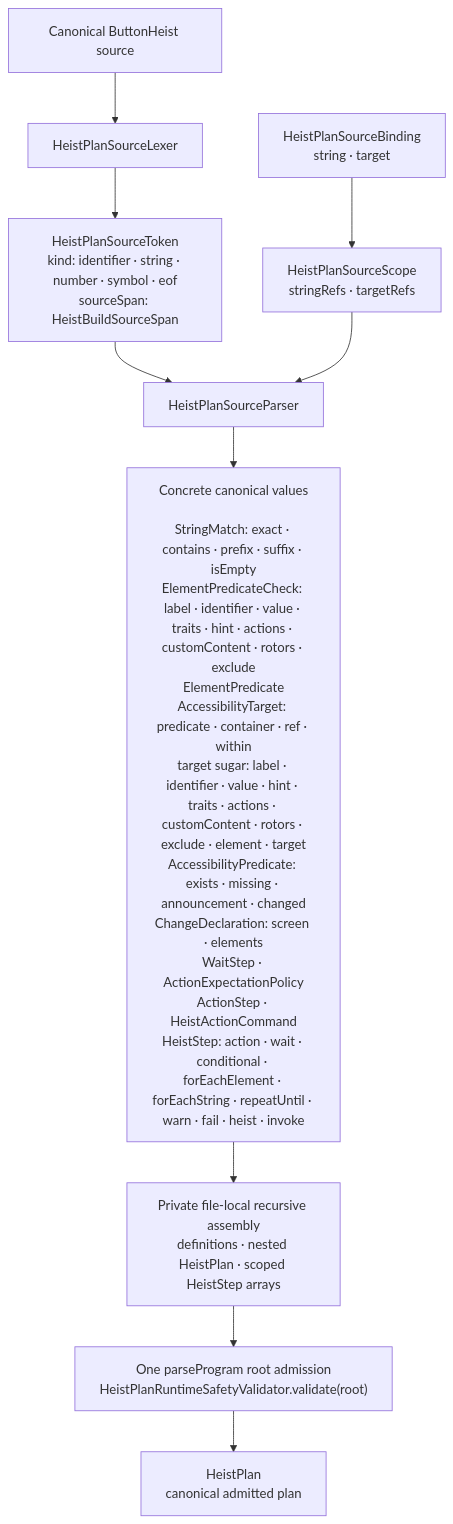
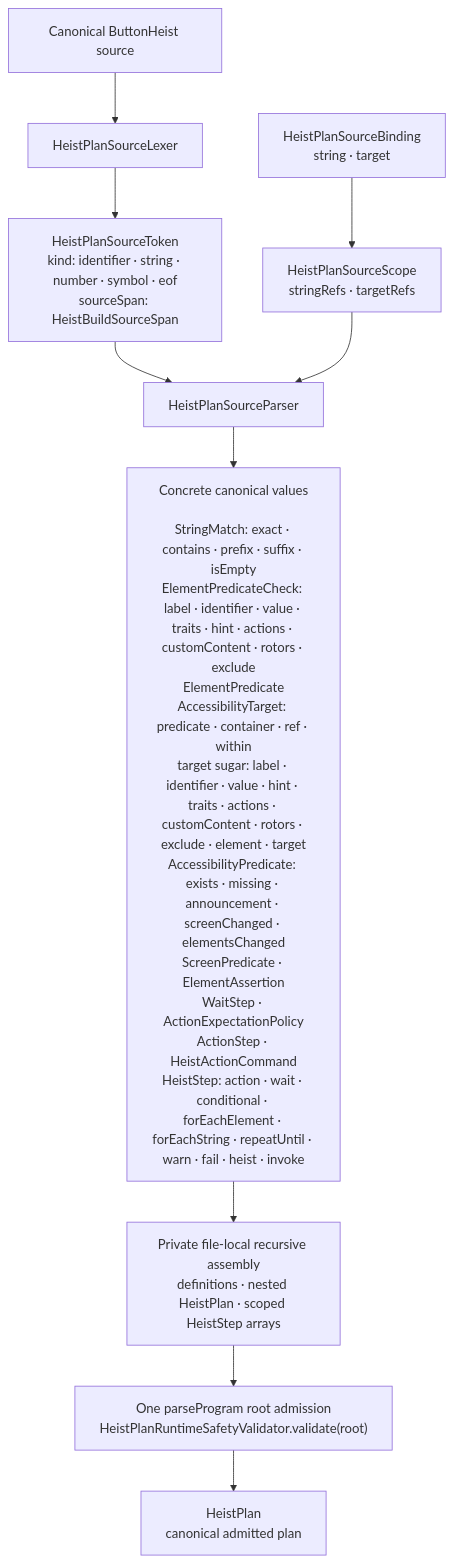
The diagram in docs/diagrams/dsl-grammar.md (RoyalPineapple/TheButtonHeist), drawn with Mermaid before and after one commit. The commit also changed other lines of this file and 63 other files, not shown here.

````diff
--- a/docs/diagrams/dsl-grammar.md
+++ b/docs/diagrams/dsl-grammar.md
@@ -11,17 +11,17 @@
 ```mermaid
 flowchart TD
     SOURCE["Canonical ButtonHeist source"]
     LEXER["HeistPlanSourceLexer"]
     TOKEN["HeistPlanSourceToken<br/>kind: identifier · string · number · symbol · eof<br/>sourceSpan: HeistBuildSourceSpan"]
     BINDING["HeistPlanSourceBinding<br/>string · target"]
     SCOPE["HeistPlanSourceScope<br/>stringRefs · targetRefs"]
     PARSER["HeistPlanSourceParser"]
-    VALUES["Concrete canonical values<br/><br/>StringMatch: exact · contains · prefix · suffix · isEmpty<br/>ElementPredicateCheck: label · identifier · value · traits · hint · actions · customContent · rotors · exclude<br/>ElementPredicate<br/>AccessibilityTarget: predicate · container · ref · within<br/>target sugar: label · identifier · value · hint · traits · actions · customContent · rotors · exclude · element · target<br/>AccessibilityPredicate: exists · missing · announcement · changed<br/>ChangeDeclaration: screen · elements<br/>WaitStep · ActionExpectationPolicy<br/>ActionStep · HeistActionCommand<br/>HeistStep: action · wait · conditional · forEachElement · forEachString · repeatUntil · warn · fail · heist · invoke"]
+    VALUES["Concrete canonical values<br/><br/>StringMatch: exact · contains · prefix · suffix · isEmpty<br/>ElementPredicateCheck: label · identifier · value · traits · hint · actions · customContent · rotors · exclude<br/>ElementPredicate<br/>AccessibilityTarget: predicate · container · ref · within<br/>target sugar: label · identifier · value · hint · traits · actions · customContent · rotors · exclude · element · target<br/>AccessibilityPredicate: exists · missing · announcement · screenChanged · elementsChanged<br/>ScreenPredicate · ElementAssertion<br/>WaitStep · ActionExpectationPolicy<br/>ActionStep · HeistActionCommand<br/>HeistStep: action · wait · conditional · forEachElement · forEachString · repeatUntil · warn · fail · heist · invoke"]
     ASSEMBLY["Private file-local recursive assembly<br/>definitions · nested HeistPlan · scoped HeistStep arrays"]
     ADMISSION["One parseProgram root admission<br/>HeistPlanRuntimeSafetyValidator.validate(root)"]
     PLAN["HeistPlan<br/>canonical admitted plan"]
 
     SOURCE --> LEXER --> TOKEN --> PARSER
     BINDING --> SCOPE --> PARSER
     PARSER --> VALUES --> ASSEMBLY --> ADMISSION --> PLAN
 ```
````
